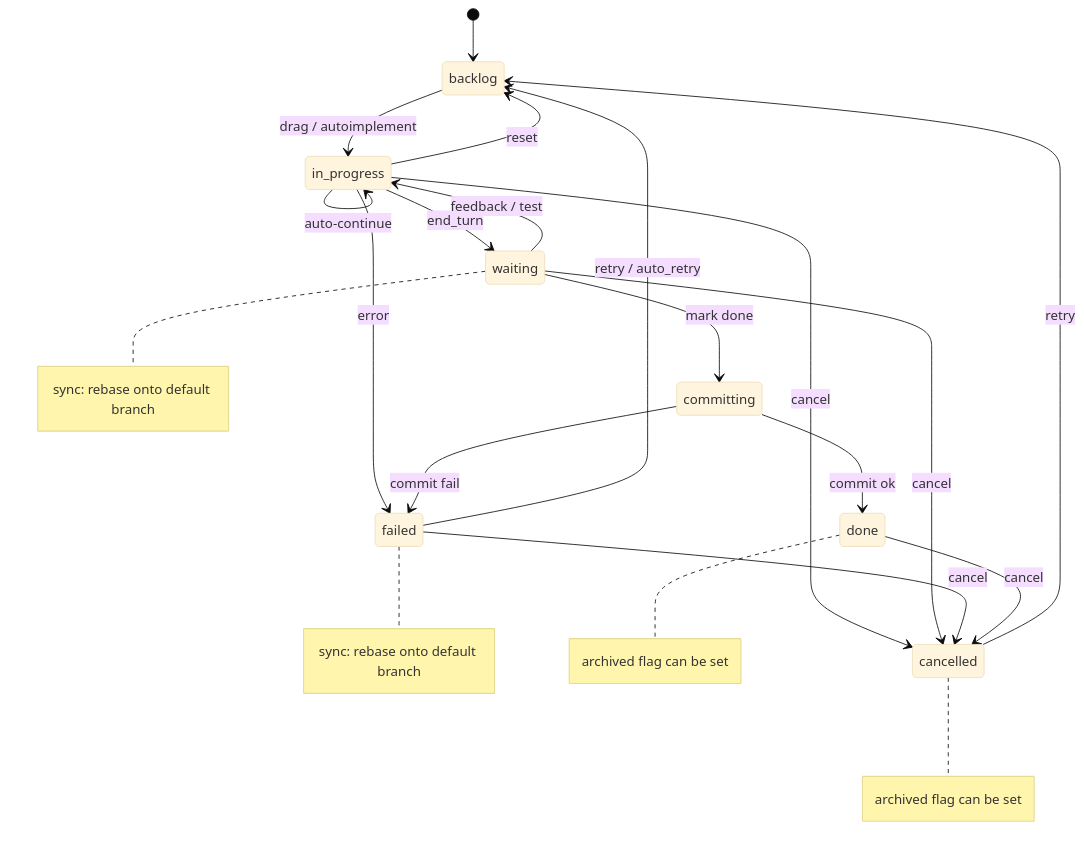
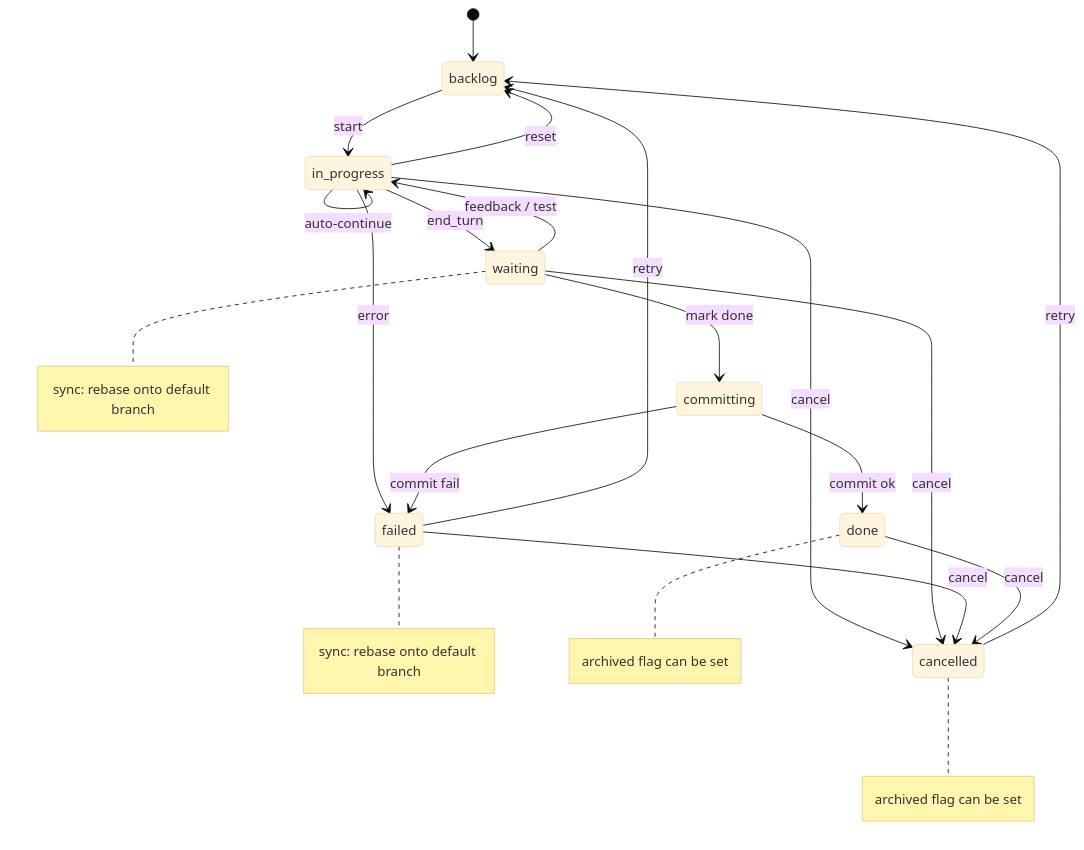
The diagram in docs/internals/task-lifecycle.md (changkun/wallfacer), drawn with Mermaid (base theme) before and after one commit. The commit also changed other lines of this file and 19 other files, not shown here.

````diff
--- a/docs/internals/task-lifecycle.md
+++ b/docs/internals/task-lifecycle.md
@@ -7,38 +7,38 @@
 ```mermaid
 stateDiagram-v2
     [*] --> backlog
 
-    backlog --> in_progress : drag / autoimplement
+    backlog --> in_progress : start
 
     in_progress --> in_progress : auto-continue
     in_progress --> waiting : end_turn
     in_progress --> failed : error
     in_progress --> backlog : reset
     in_progress --> cancelled : cancel
 
     committing --> done : commit ok
     committing --> failed : commit fail
 
     waiting --> in_progress : feedback / test
     waiting --> committing : mark done
     waiting --> cancelled : cancel
 
-    failed --> backlog : retry / auto_retry
+    failed --> backlog : retry
     failed --> cancelled : cancel
 
     done --> cancelled : cancel
     cancelled --> backlog : retry
 
     note right of waiting
         sync: rebase onto default branch
     end note
     note right of failed
         sync: rebase onto default branch
     end note
     note right of done
         archived flag can be set
     end note
     note right of cancelled
         archived flag can be set
     end note
 ```
````
